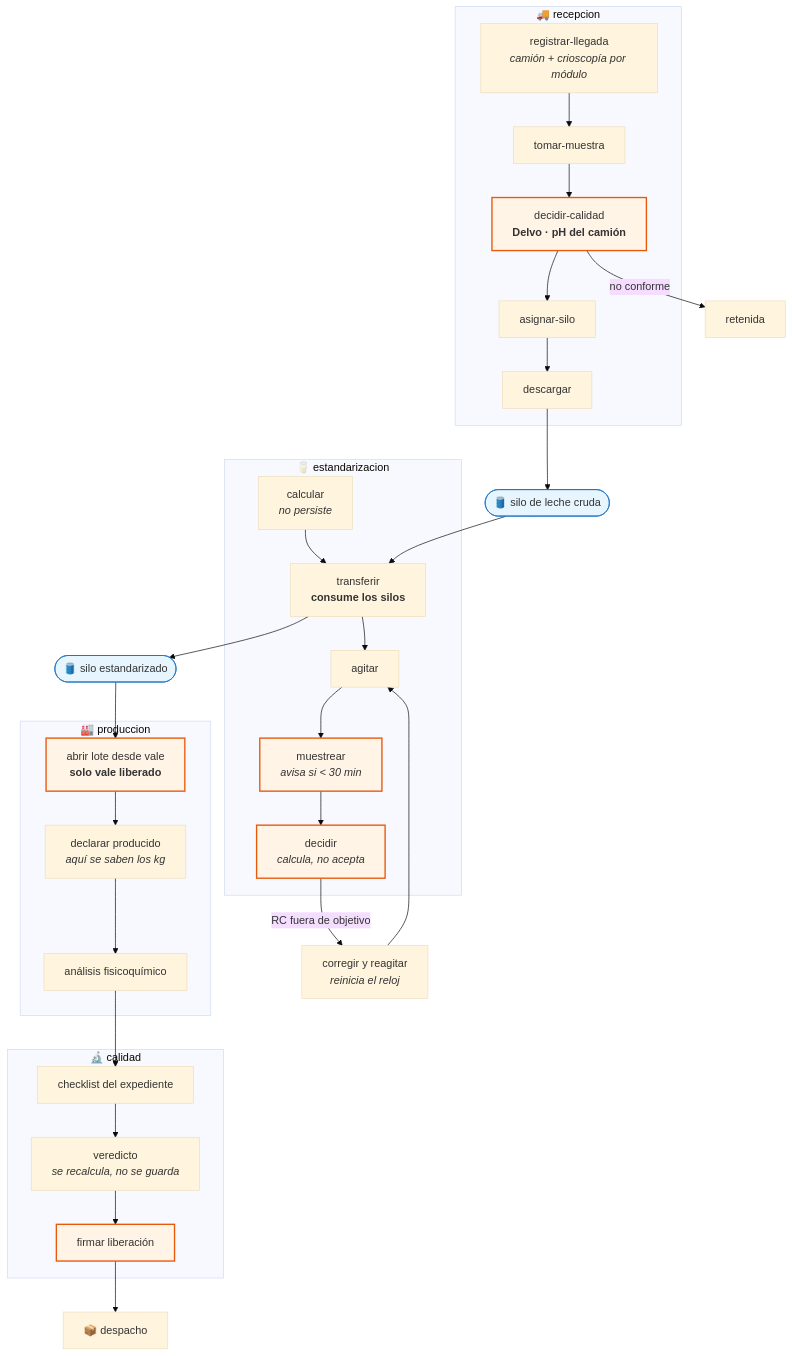
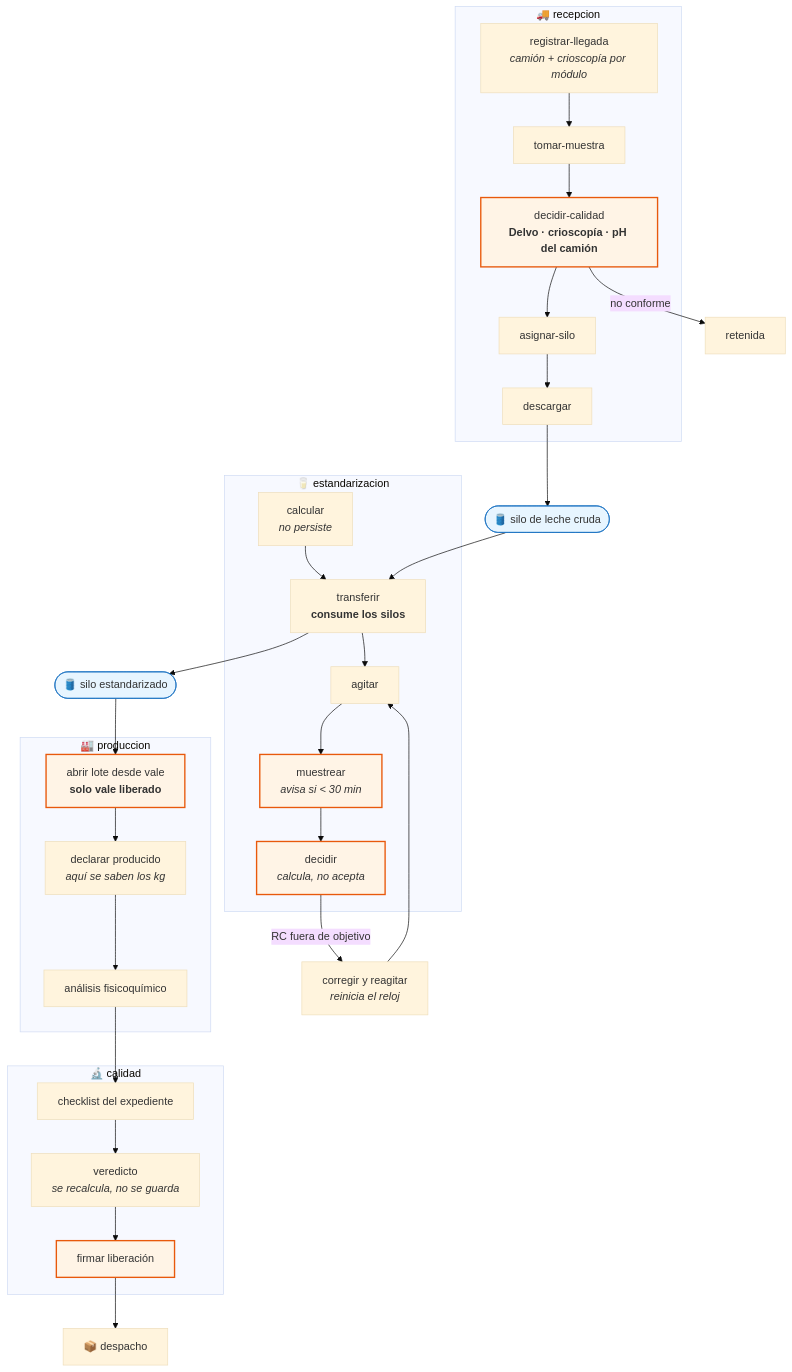
One commit to FelipeCCAA/CCAA changed the first of 5 diagrams in docs/FLUJO_DEL_SISTEMA.md. Above: the diagram before and after it, drawn with Mermaid (base theme).

Commit message:
El mapa vuelve a nombrar la crioscopía entre lo que decide el paso
Al bajar la crioscopía de `controles` a `ModuloRecepcion`, `decidir-calidad`
dejó de evaluarla y el rótulo se corrigió para reflejarlo. La revisión final
repuso la evaluación —una recepción con crioscopía fuera de rango salía
liberada mientras la propia respuesta listaba el motivo—, así que el paso
vuelve a decidir con ella y el rótulo quedó falso en el sentido inverso.

R1 sigue siendo donde se captura, por módulo; R3 es donde se decide.

````diff
--- a/docs/FLUJO_DEL_SISTEMA.md
+++ b/docs/FLUJO_DEL_SISTEMA.md
@@ -24,54 +24,54 @@
 ```mermaid
 flowchart TD
     subgraph REC["🚚 recepcion"]
         R1["registrar-llegada<br/><i>camión + crioscopía por módulo</i>"]
         R2["tomar-muestra"]
-        R3["decidir-calidad<br/><b>Delvo · pH del camión</b>"]
+        R3["decidir-calidad<br/><b>Delvo · crioscopía · pH del camión</b>"]
         R4["asignar-silo"]
         R5["descargar"]
         R1 --> R2 --> R3 --> R4 --> R5
     end
 
     subgraph EST["🥛 estandarizacion"]
         E1["calcular<br/><i>no persiste</i>"]
         E2["transferir<br/><b>consume los silos</b>"]
         E3["agitar"]
         E4["muestrear<br/><i>avisa si &lt; 30 min</i>"]
         E5["decidir<br/><i>calcula, no acepta</i>"]
         E1 --> E2 --> E3 --> E4 --> E5
     end
 
     subgraph PRO["🏭 produccion"]
         P1["abrir lote desde vale<br/><b>solo vale liberado</b>"]
         P2["declarar producido<br/><i>aquí se saben los kg</i>"]
         P3["análisis fisicoquímico"]
         P1 --> P2 --> P3
     end
 
     subgraph CAL["🔬 calidad"]
         C1["checklist del expediente"]
         C2["veredicto<br/><i>se recalcula, no se guarda</i>"]
         C3["firmar liberación"]
         C1 --> C2 --> C3
     end
 
     SILO(["🛢️ silo de leche cruda"])
     SILOE(["🛢️ silo estandarizado"])
     DESP["📦 despacho"]
 
     R5 --> SILO
     SILO --> E2
     E2 --> SILOE
     SILOE --> P1
     P3 --> C1
     C3 --> DESP
 
     E5 -->|"RC fuera de objetivo"| CORR["corregir y reagitar<br/><i>reinicia el reloj</i>"]
     CORR --> E3
     R3 -->|"no conforme"| RET["retenida"]
 
     classDef gate fill:#fff4e6,stroke:#e8590c,stroke-width:2px
     classDef store fill:#e7f5ff,stroke:#1971c2
     class R3,E4,E5,P1,C3 gate
     class SILO,SILOE store
 ```
````
